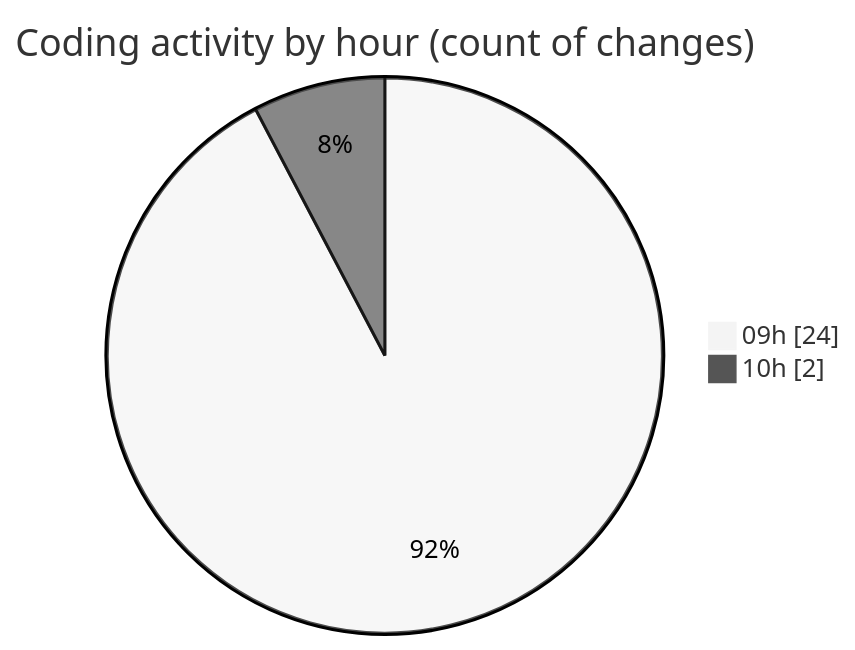
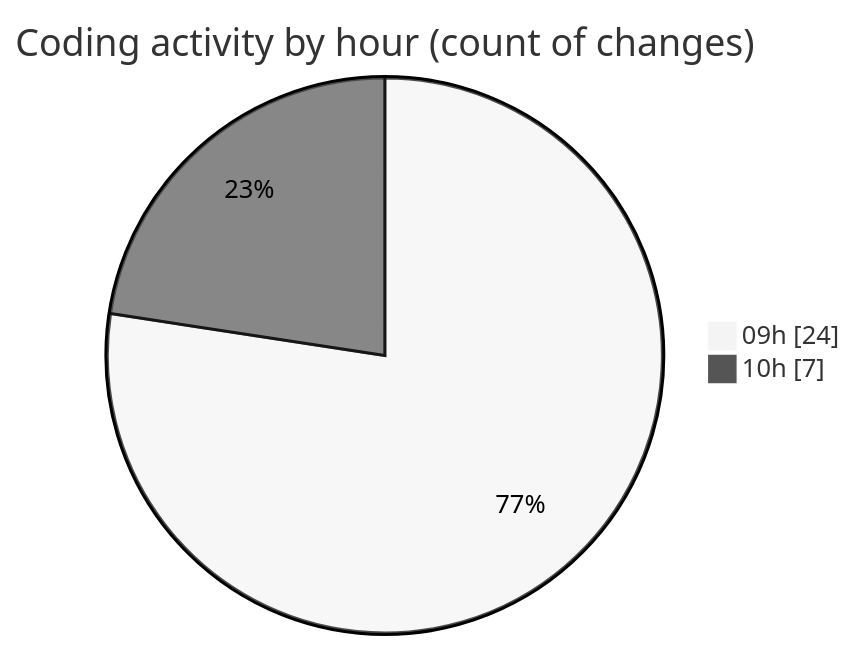
The second of 2 diagrams in 2025-10-07/cda/README.md (momahboobian/code-tracking), drawn with Mermaid (neutral theme) before and after one commit. The commit also changed other lines of this file and 1 other file, not shown here.

````diff
--- a/2025-10-07/cda/README.md
+++ b/2025-10-07/cda/README.md
@@ -34,6 +34,6 @@
 ```mermaid
 pie showData
 title Coding activity by hour (count of changes)
 "09h" : 24
-"10h" : 2
+"10h" : 7
 ```
````
